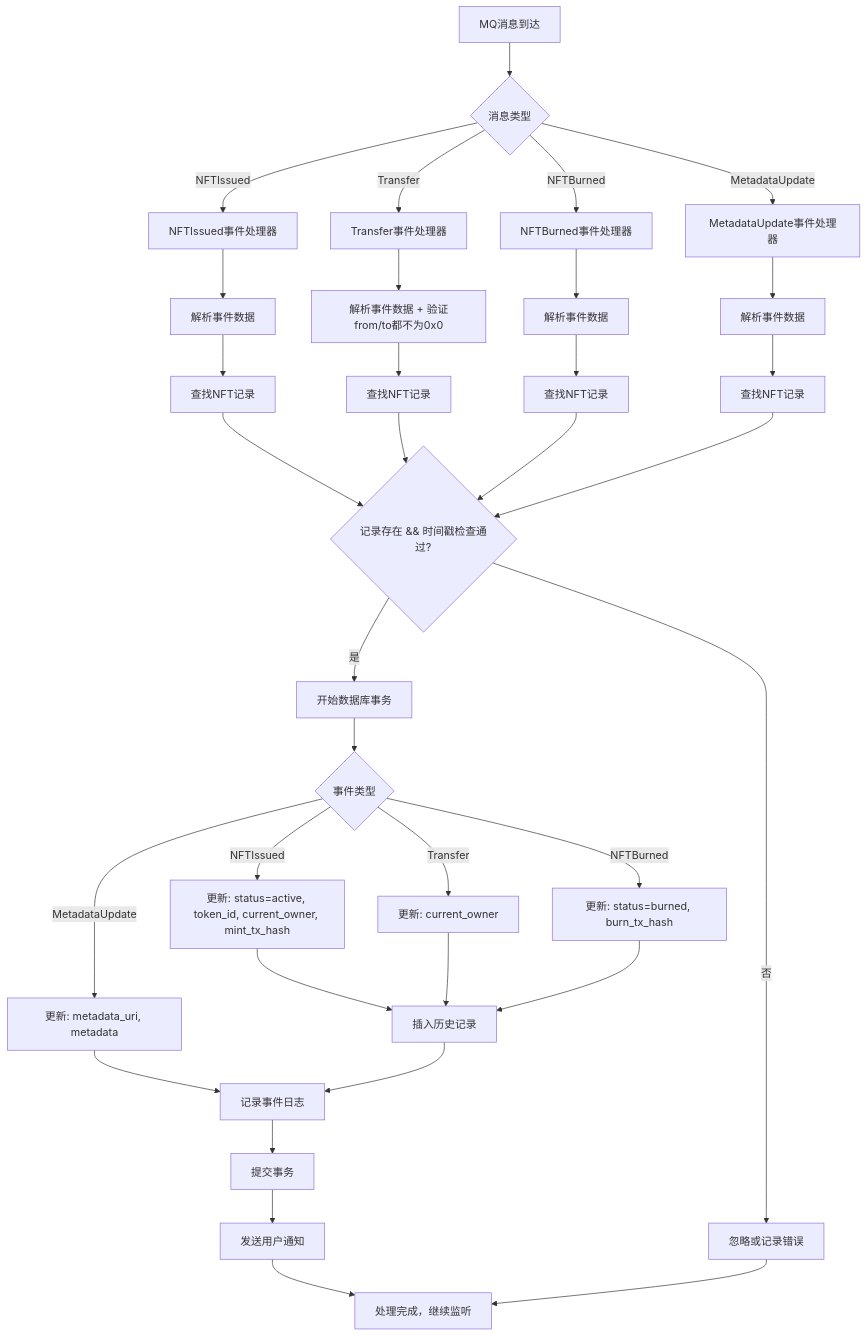
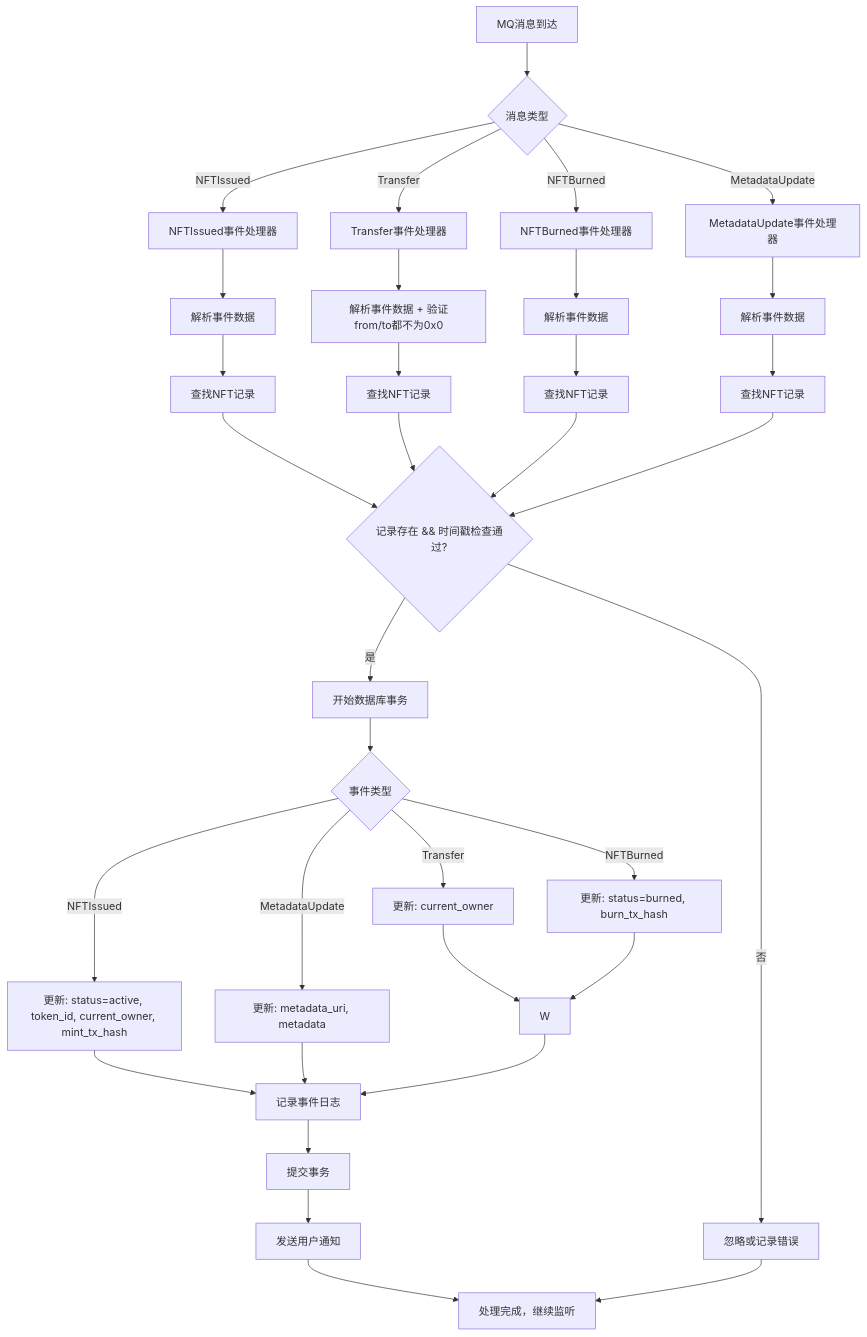
The diagram in all/未命名-71.md (yingjianzh/iodraw-files), drawn with Mermaid before and after one commit.

Commit message:
2025-07-03 17:40:27 update

````diff
--- a/all/未命名-71.md
+++ b/all/未命名-71.md
@@ -1,47 +1,47 @@
 ```mermaid
 flowchart TD
     A[MQ消息到达] --> B{消息类型}
     
     %% 四种事件类型
     B -->|NFTIssued| C[NFTIssued事件处理器]
     B -->|Transfer| D[Transfer事件处理器]
     B -->|NFTBurned| E[NFTBurned事件处理器]
     B -->|MetadataUpdate| F[MetadataUpdate事件处理器]
     
     %% 通用处理流程
     C --> G[解析事件数据]
     D --> H[解析事件数据 + 验证from/to都不为0x0]
     E --> I[解析事件数据]
     F --> J[解析事件数据]
     
     G --> K[查找NFT记录]
     H --> L[查找NFT记录]
     I --> M[查找NFT记录]
     J --> N[查找NFT记录]
     
     K --> O{记录存在 && 时间戳检查通过?}
     L --> O
     M --> O
     N --> O
     
     O -->|否| P[忽略或记录错误]
     O -->|是| Q[开始数据库事务]
     
     Q --> R{事件类型}
     R -->|NFTIssued| S[更新: status=active, token_id, current_owner, mint_tx_hash]
     R -->|Transfer| T[更新: current_owner]
     R -->|NFTBurned| U[更新: status=burned, burn_tx_hash]
     R -->|MetadataUpdate| V[更新: metadata_uri, metadata]
     
-    S --> W[插入历史记录]
+    S --> X
     T --> W
     U --> W
     V --> X[记录事件日志]
     
     W --> X
     X --> Y[提交事务]
     Y --> Z[发送用户通知]
     Z --> AA[处理完成，继续监听]
     
     P --> AA
 ```
````
